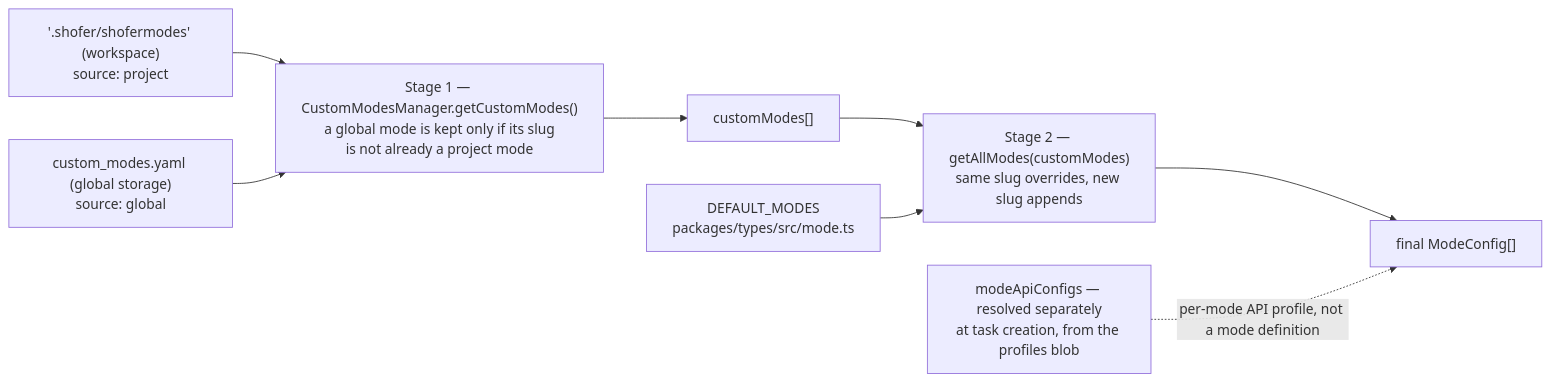
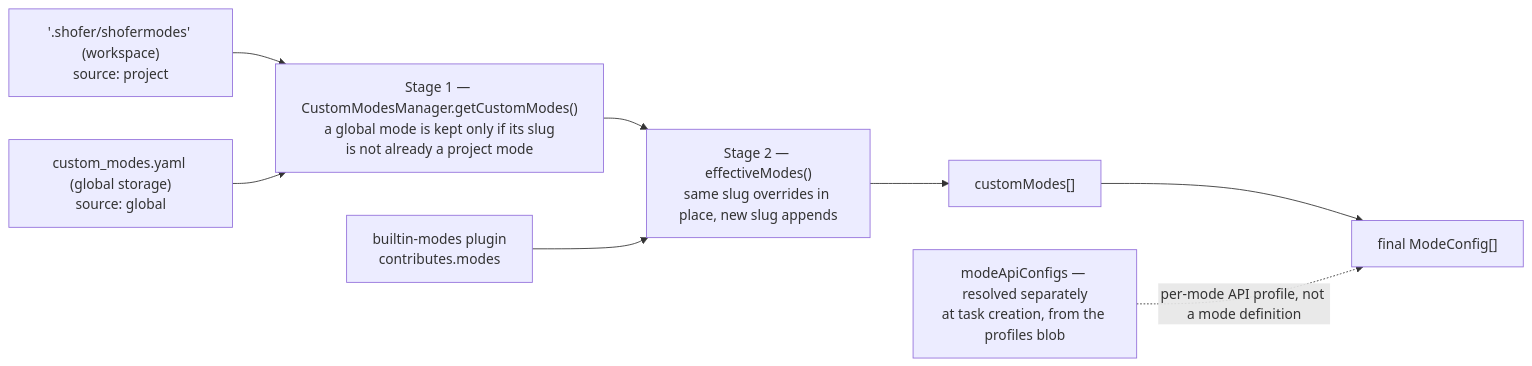
Before and after one commit to shofer-dev/shofer: the third of 5 diagrams in docs/settings_overlay.md, drawn with Mermaid. The commit also changed other lines of this file and 66 other files, not shown here.

````diff
--- a/docs/settings_overlay.md
+++ b/docs/settings_overlay.md
@@ -458,19 +451,19 @@
 ```mermaid
 flowchart LR
     PROJ["'.shofer/shofermodes' (workspace)<br/>source: project"]
     GLOB["custom_modes.yaml (global storage)<br/>source: global"]
-    BUILT["DEFAULT_MODES<br/>packages/types/src/mode.ts"]
+    BUILT["builtin-modes plugin<br/>contributes.modes"]
     S1["Stage 1 — CustomModesManager.getCustomModes()<br/>a global mode is kept only if its slug<br/>is not already a project mode"]
     CM["customModes[]"]
-    S2["Stage 2 — getAllModes(customModes)<br/>same slug overrides, new slug appends"]
+    S2["Stage 2 — effectiveModes()<br/>same slug overrides in place, new slug appends"]
     FINAL["final ModeConfig[]"]
     MAC["modeApiConfigs — resolved separately<br/>at task creation, from the profiles blob"]
 
     PROJ --> S1
     GLOB --> S1
-    S1 --> CM
-    CM --> S2
+    S1 --> S2
     BUILT --> S2
-    S2 --> FINAL
+    S2 --> CM
+    CM --> FINAL
     MAC -.->|"per-mode API profile, not a mode definition"| FINAL
 ```
````
